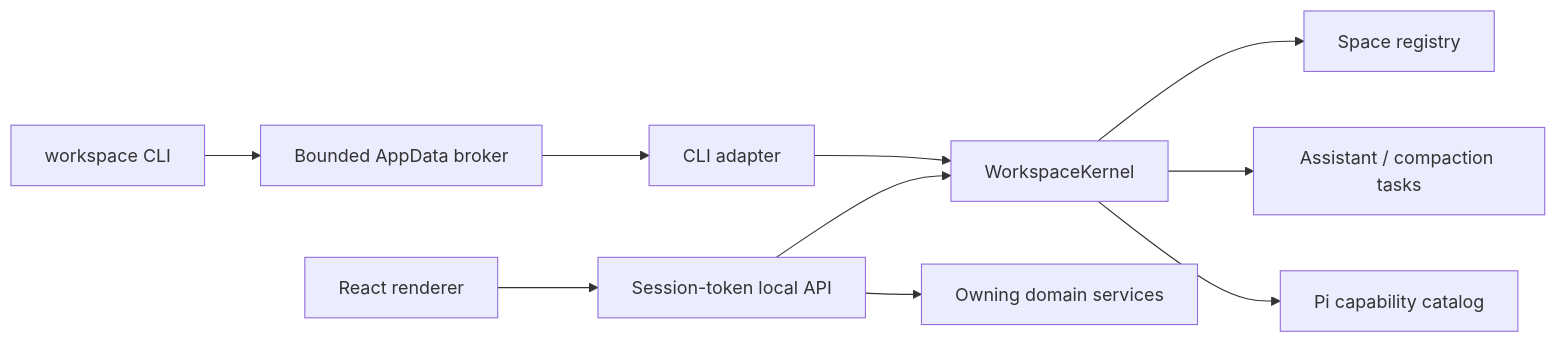
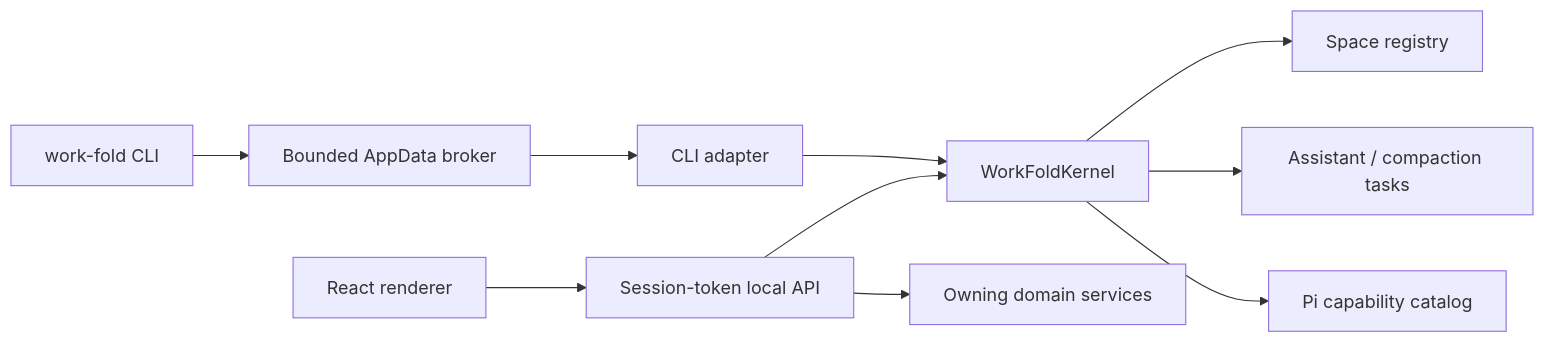
Before and after one commit to Mat-Tom-Son/work-fold: the first of 2 diagrams in docs/architecture.md, drawn with Mermaid. The commit also changed other lines of this file and 366 other files, not shown here.

Commit message:
release: work-fold 0.1.0

````diff
--- a/docs/architecture.md
+++ b/docs/architecture.md
@@ -17,12 +17,12 @@
 ```mermaid
 flowchart LR
   renderer["React renderer"] --> api["Session-token local API"]
-  cli["workspace CLI"] --> broker["Bounded AppData broker"]
+  cli["work-fold CLI"] --> broker["Bounded AppData broker"]
   broker --> adapter["CLI adapter"]
-  api --> kernel["WorkspaceKernel"]
+  api --> kernel["WorkFoldKernel"]
   adapter --> kernel
   kernel --> spaces["Space registry"]
   kernel --> tasks["Assistant / compaction tasks"]
   kernel --> pi["Pi capability catalog"]
   api --> mutations["Owning domain services"]
 ```
````
